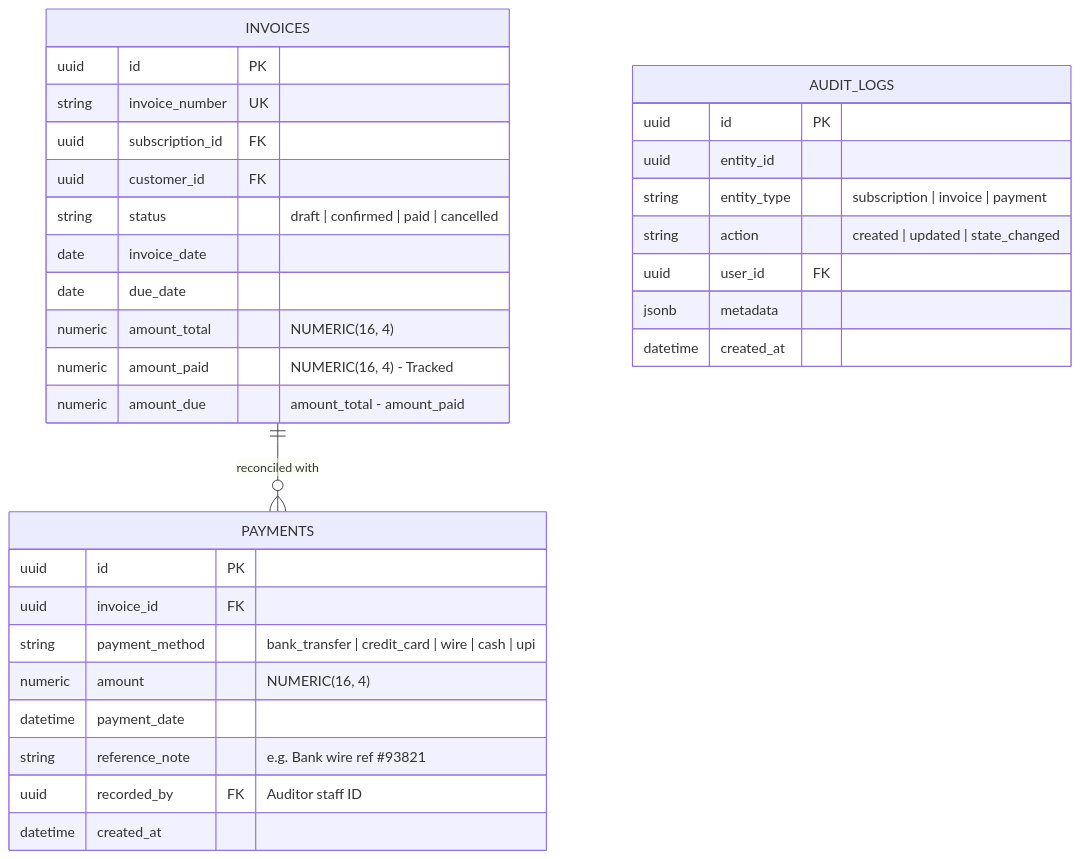
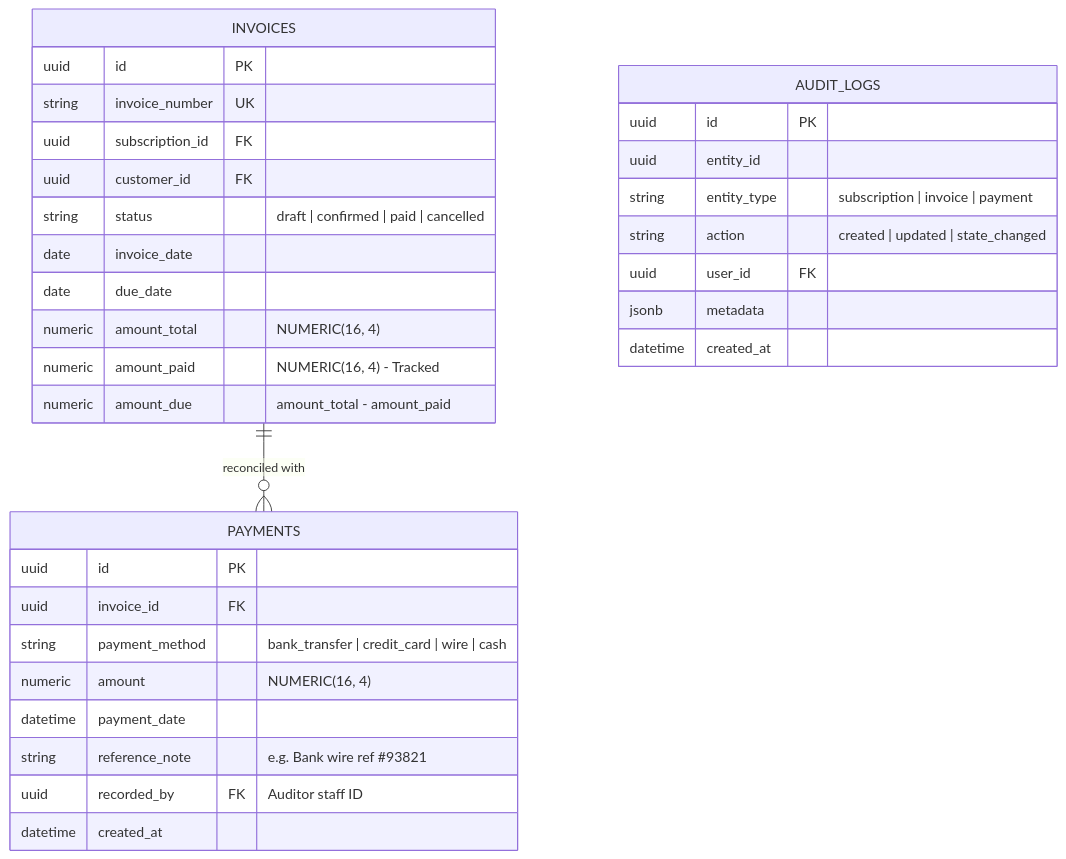
Before and after one commit to Niss54/Subscription_Management_System: the diagram in PRD_PHASE_3.md, drawn with Mermaid. The commit also changed other lines of this file and 2 other files, not shown here.

Commit message:
feat(prd): upgrade to Next.js 15, Supabase PostgreSQL, and premium modern UI/UX design architecture

````diff
--- a/PRD_PHASE_3.md
+++ b/PRD_PHASE_3.md
@@ -47,37 +28,37 @@
 ```mermaid
 erDiagram
     INVOICES ||--o{ PAYMENTS : "reconciled with"
     INVOICES {
         uuid id PK
         string invoice_number UK
         uuid subscription_id FK
         uuid customer_id FK
         string status "draft | confirmed | paid | cancelled"
         date invoice_date
         date due_date
         numeric amount_total "NUMERIC(16, 4)"
         numeric amount_paid "NUMERIC(16, 4) - Tracked"
         numeric amount_due "amount_total - amount_paid"
     }
 
     PAYMENTS {
         uuid id PK
         uuid invoice_id FK
-        string payment_method "bank_transfer | credit_card | wire | cash | upi"
+        string payment_method "bank_transfer | credit_card | wire | cash"
         numeric amount "NUMERIC(16, 4)"
         datetime payment_date
         string reference_note "e.g. Bank wire ref #93821"
         uuid recorded_by FK "Auditor staff ID"
         datetime created_at
     }
 
     AUDIT_LOGS {
         uuid id PK
         uuid entity_id
         string entity_type "subscription | invoice | payment"
         string action "created | updated | state_changed"
         uuid user_id FK
         jsonb metadata
         datetime created_at
     }
 ```
````
